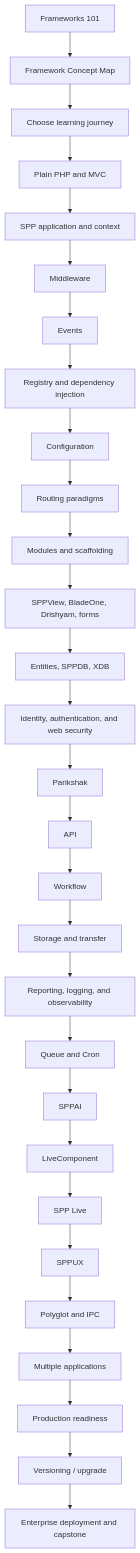
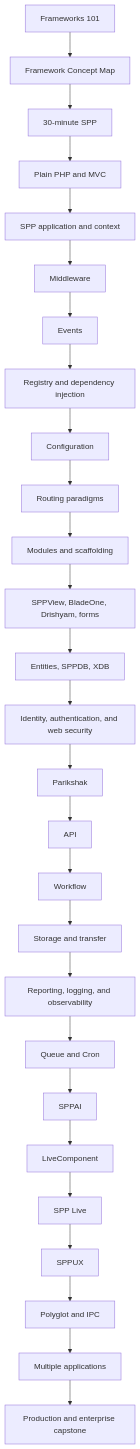
Before and after one commit to shuklasp/spp: the diagram in documentation/handbook/README.md, drawn with Mermaid. The commit also changed other lines of this file, not shown here.

````diff
--- a/documentation/handbook/README.md
+++ b/documentation/handbook/README.md
@@ -147,31 +150,29 @@
 ```mermaid
 flowchart TD
     A[Frameworks 101] --> B[Framework Concept Map]
-    B --> C[Choose learning journey]
+    B --> C[30-minute SPP]
     C --> D[Plain PHP and MVC]
     D --> E[SPP application and context]
     E --> F[Middleware]
     F --> G[Events]
     G --> H[Registry and dependency injection]
     H --> I[Configuration]
     I --> J[Routing paradigms]
     J --> K[Modules and scaffolding]
     K --> L[SPPView, BladeOne, Drishyam, forms]
     L --> M[Entities, SPPDB, XDB]
     M --> N[Identity, authentication, and web security]
     N --> O[Parikshak]
     O --> P[API]
     P --> Q[Workflow]
     Q --> R[Storage and transfer]
     R --> S[Reporting, logging, and observability]
     S --> T[Queue and Cron]
     T --> U[SPPAI]
     U --> V[LiveComponent]
     V --> W[SPP Live]
     W --> X[SPPUX]
     X --> Y[Polyglot and IPC]
     Y --> Z[Multiple applications]
-    Z --> AA[Production readiness]
-    AA --> AB[Versioning / upgrade]
-    AB --> AC[Enterprise deployment and capstone]
+    Z --> AA[Production and enterprise capstone]
 ```
````
